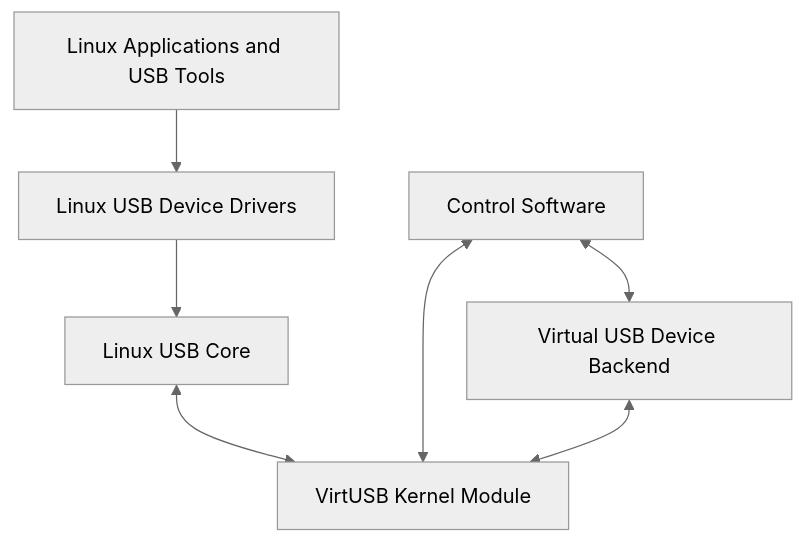
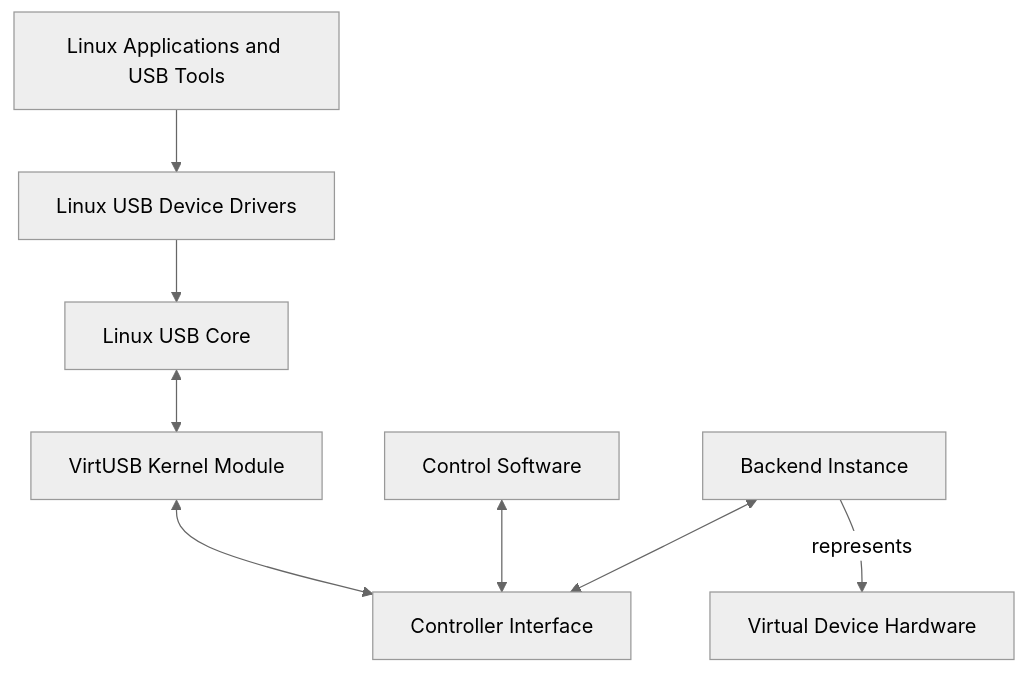
The first of 8 diagrams in doc/architecture/system-overview.md (RomanBuchert/VirtUSB), drawn with Mermaid (neutral theme) before and after one commit. The commit also changed other lines of this file and 6 other files, not shown here.

First line of the commit message:
docs: refine architecture and requirements documentation (WIP)

````diff
--- a/doc/architecture/system-overview.md
+++ b/doc/architecture/system-overview.md
@@ -43,16 +77,19 @@
 ```mermaid
 flowchart TB
-   apps[Linux Applications and USB Tools]
-   drivers[Linux USB Device Drivers]
-   usbcore[Linux USB Core]
-   virtusb[VirtUSB Kernel Module]
-   control[Control Software]
-   backend[Virtual USB Device Backend]
+   apps["Linux Applications and USB Tools"]
+   drivers["Linux USB Device Drivers"]
+   usbcore["Linux USB Core"]
+   virtusb["VirtUSB Kernel Module"]
+   interface["Controller Interface"]
+   control["Control Software"]
+   backend["Backend Instance"]
+   hardware["Virtual Device Hardware"]
 
    apps --> drivers
    drivers --> usbcore
    usbcore <--> virtusb
-   control <--> virtusb
-   control <--> backend
-   backend <--> virtusb
+   virtusb <--> interface
+   control <--> interface
+   backend <--> interface
+   backend -->|"represents"| hardware
 ```
````
